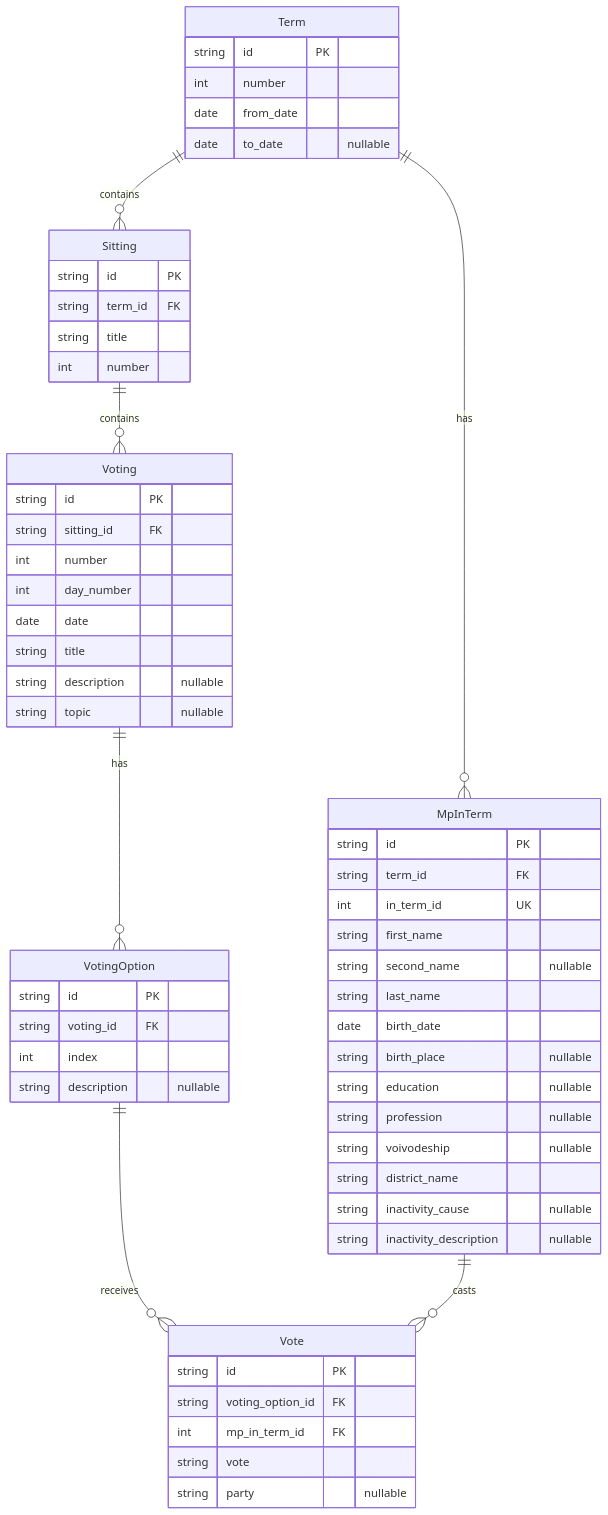
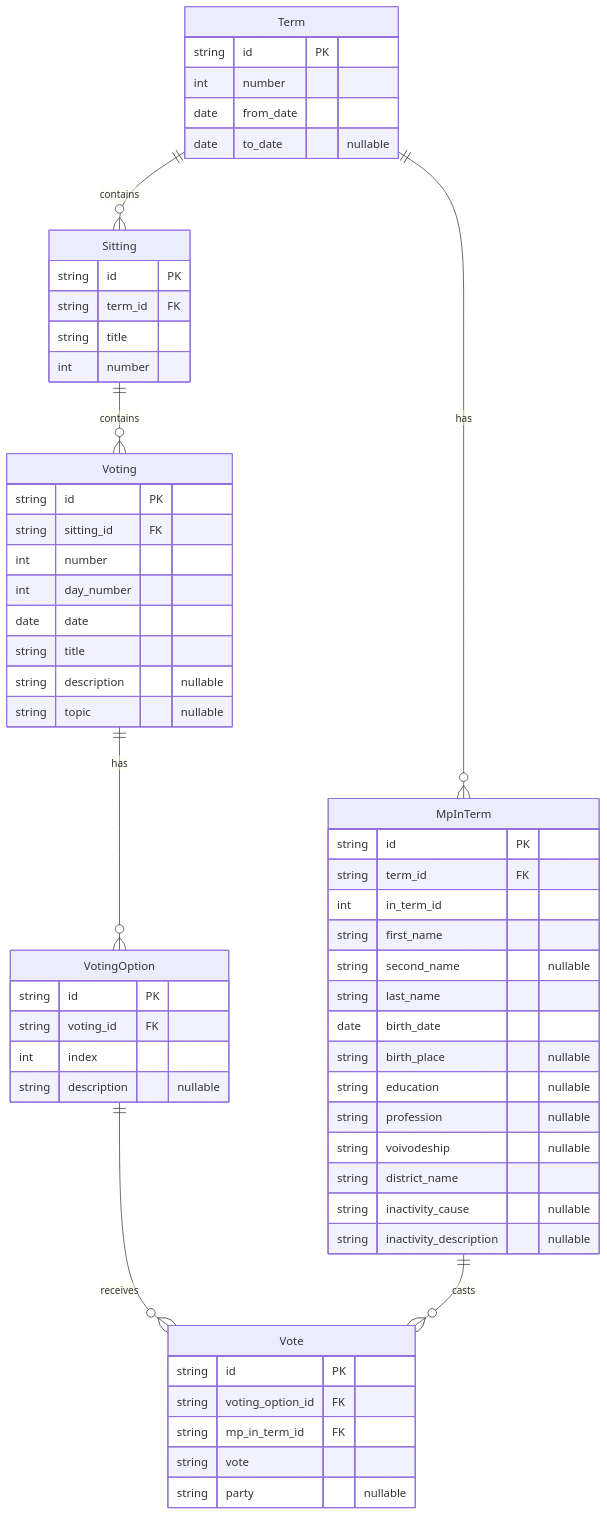
The diagram in README.md (LuxF3rre/sejm_scraper), drawn with Mermaid before and after one commit. The commit also changed 3 other files, not shown here.

````diff
--- a/README.md
+++ b/README.md
@@ -44,67 +44,67 @@
 ```mermaid
 erDiagram
     Term {
         string id PK
         int number
         date from_date
         date to_date "nullable"
     }
 
     Sitting {
         string id PK
         string term_id FK
         string title
         int number
     }
 
     Voting {
         string id PK
         string sitting_id FK
         int number
         int day_number
         date date
         string title
         string description "nullable"
         string topic "nullable"
     }
 
     VotingOption {
         string id PK
         string voting_id FK
         int index
         string description "nullable"
     }
 
     Vote {
         string id PK
         string voting_option_id FK
-        int mp_in_term_id FK
+        string mp_in_term_id FK
         string vote
         string party "nullable"
     }
 
     MpInTerm {
         string id PK
         string term_id FK
-        int in_term_id UK
+        int in_term_id
         string first_name
         string second_name "nullable"
         string last_name
         date birth_date
         string birth_place "nullable"
         string education "nullable"
         string profession "nullable"
         string voivodeship "nullable"
         string district_name
         string inactivity_cause "nullable"
         string inactivity_description "nullable"
     }
 
     %% Relationships
     Term ||--o{ Sitting : "contains"
     Term ||--o{ MpInTerm : "has"
     Sitting ||--o{ Voting : "contains"
     Voting ||--o{ VotingOption : "has"
     VotingOption ||--o{ Vote : "receives"
     MpInTerm ||--o{ Vote : "casts"
 ```
````
